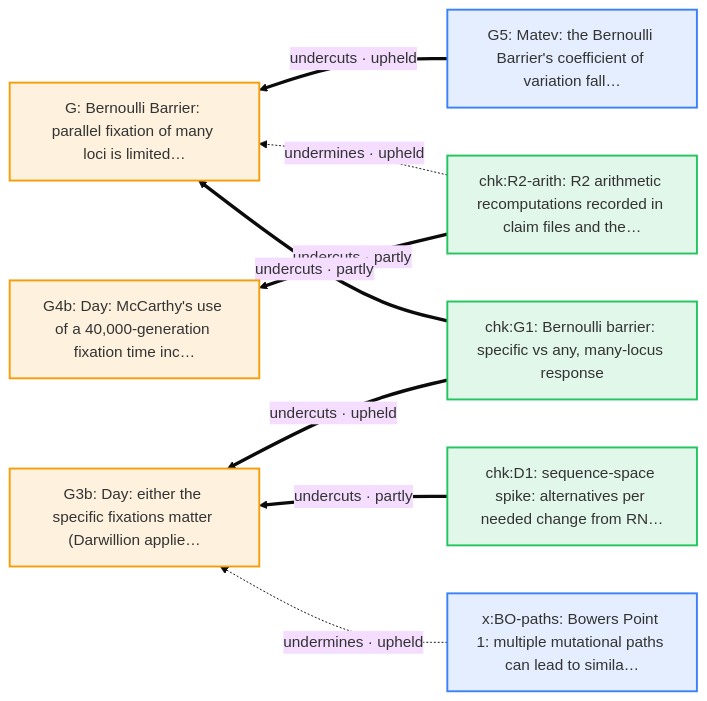
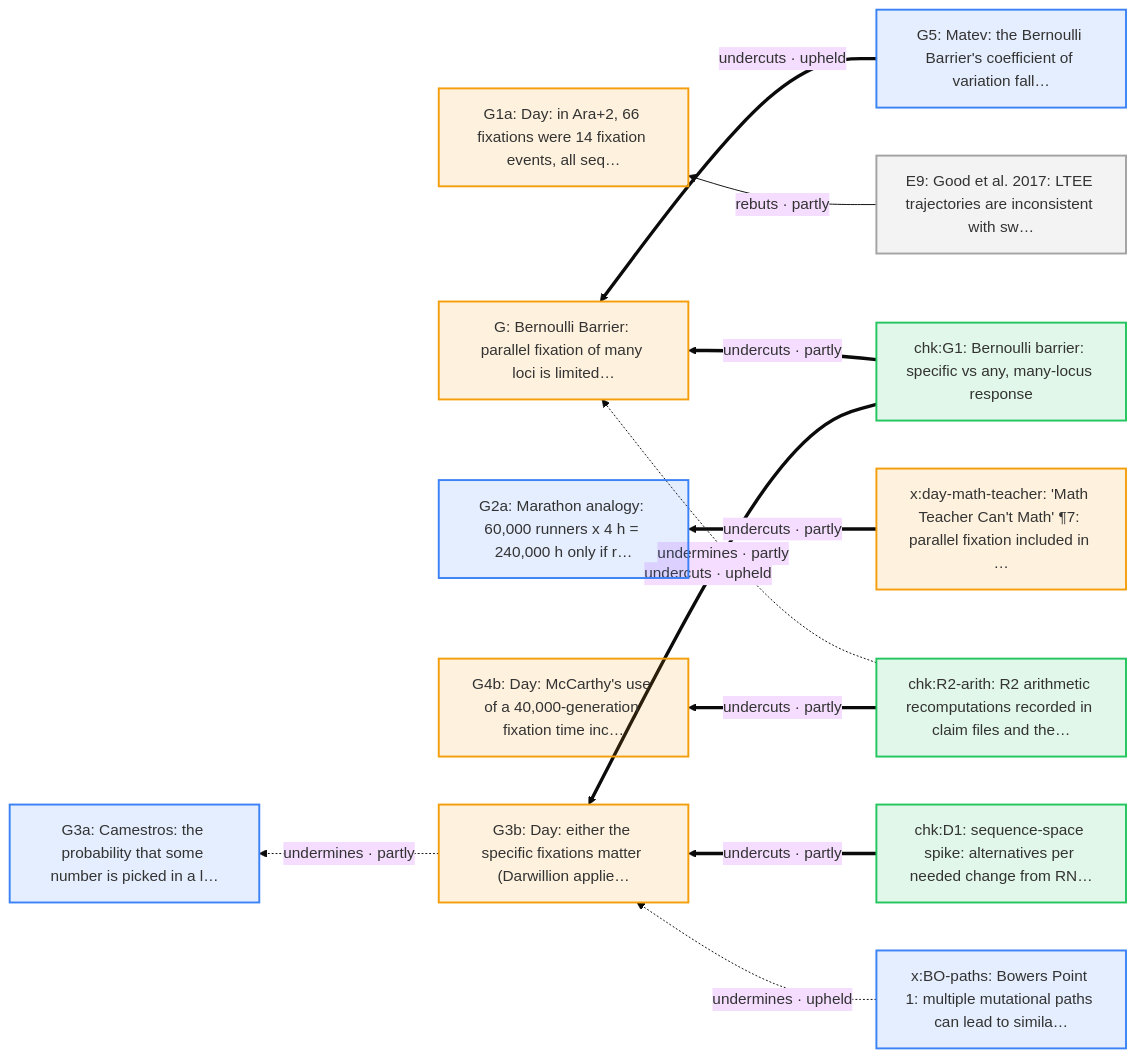
One commit to nickallevato/evo-sim changed diagram 14 of 18 in docs/arguments/defeaters.md. Above: the diagram before and after it, drawn with Mermaid (base theme). The commit also changed other lines of this file and 93 other files, not shown here.

````diff
--- a/docs/arguments/defeaters.md
+++ b/docs/arguments/defeaters.md
@@ -626,23 +708,31 @@
 ```mermaid
 flowchart RL
   classDef day fill:#f59e0b22,stroke:#f59e0b,stroke-width:2px
   classDef ally fill:#d9770622,stroke:#d97706,stroke-width:2px
   classDef critic fill:#3b82f622,stroke:#3b82f6,stroke-width:2px
   classDef literature fill:#a3a3a322,stroke:#a3a3a3,stroke-width:2px
   classDef audit fill:#22c55e22,stroke:#22c55e,stroke-width:2px
+  E9["E9: Good et al. 2017: LTEE trajectories are inconsistent with sw…"]:::literature
   G["G: Bernoulli Barrier: parallel fixation of many loci is limited…"]:::day
+  G1a["G1a: Day: in Ara+2, 66 fixations were 14 fixation events, all seq…"]:::day
+  G2a["G2a: Marathon analogy: 60,000 runners x 4 h = 240,000 h only if r…"]:::critic
+  G3a["G3a: Camestros: the probability that some number is picked in a l…"]:::critic
   G3b["G3b: Day: either the specific fixations matter (Darwillion applie…"]:::day
   G4b["G4b: Day: McCarthy's use of a 40,000-generation fixation time inc…"]:::day
   G5["G5: Matev: the Bernoulli Barrier's coefficient of variation fall…"]:::critic
   chk_D1["chk:D1: sequence-space spike: alternatives per needed change from RN…"]:::audit
   chk_G1["chk:G1: Bernoulli barrier: specific vs any, many-locus response"]:::audit
   chk_R2_arith["chk:R2-arith: R2 arithmetic recomputations recorded in claim files and the…"]:::audit
   x_BO_paths["x:BO-paths: Bowers Point 1: multiple mutational paths can lead to simila…"]:::critic
+  x_day_math_teacher["x:day-math-teacher: 'Math Teacher Can't Math' ¶7: parallel fixation included in …"]:::day
+  E9 -->|"rebuts · partly"| G1a
+  x_day_math_teacher ==>|"undercuts · partly"| G2a
+  G3b -.->|"undermines · partly"| G3a
   x_BO_paths -.->|"undermines · upheld"| G3b
   chk_G1 ==>|"undercuts · upheld"| G3b
   chk_D1 ==>|"undercuts · partly"| G3b
   chk_R2_arith ==>|"undercuts · partly"| G4b
-  chk_R2_arith -.->|"undermines · upheld"| G
+  chk_R2_arith -.->|"undermines · partly"| G
   chk_G1 ==>|"undercuts · partly"| G
   G5 ==>|"undercuts · upheld"| G
 ```
````
